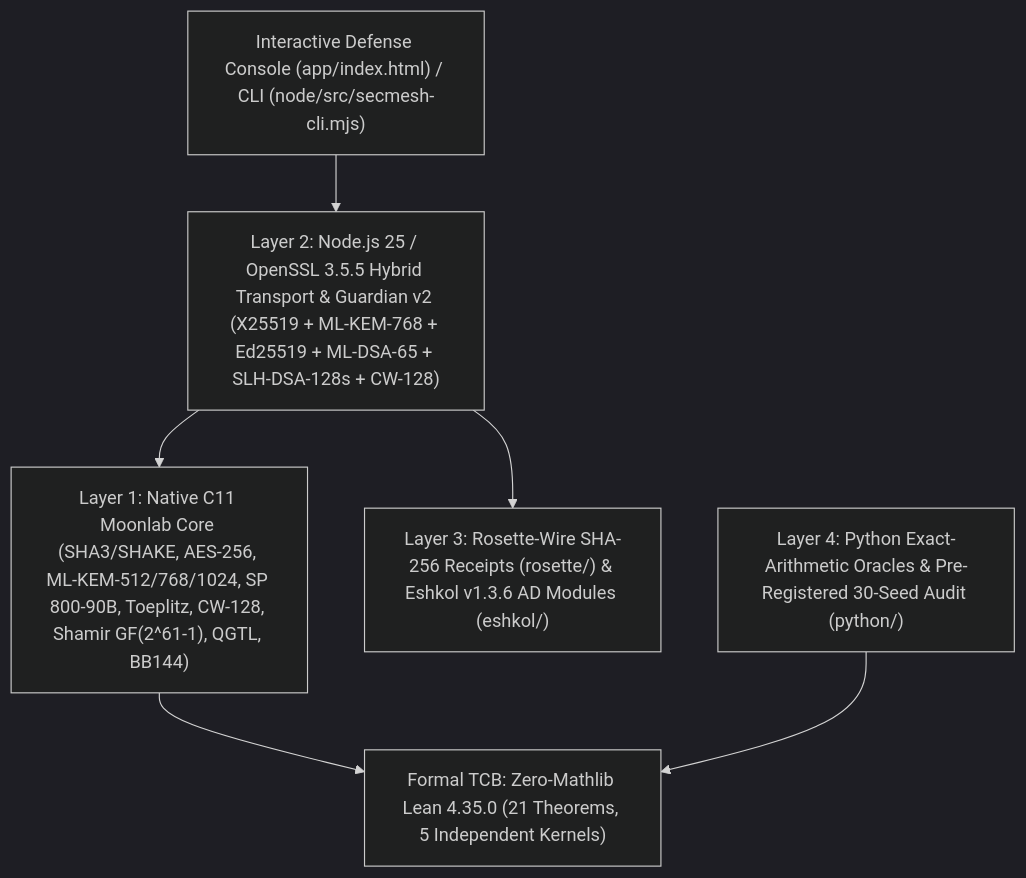
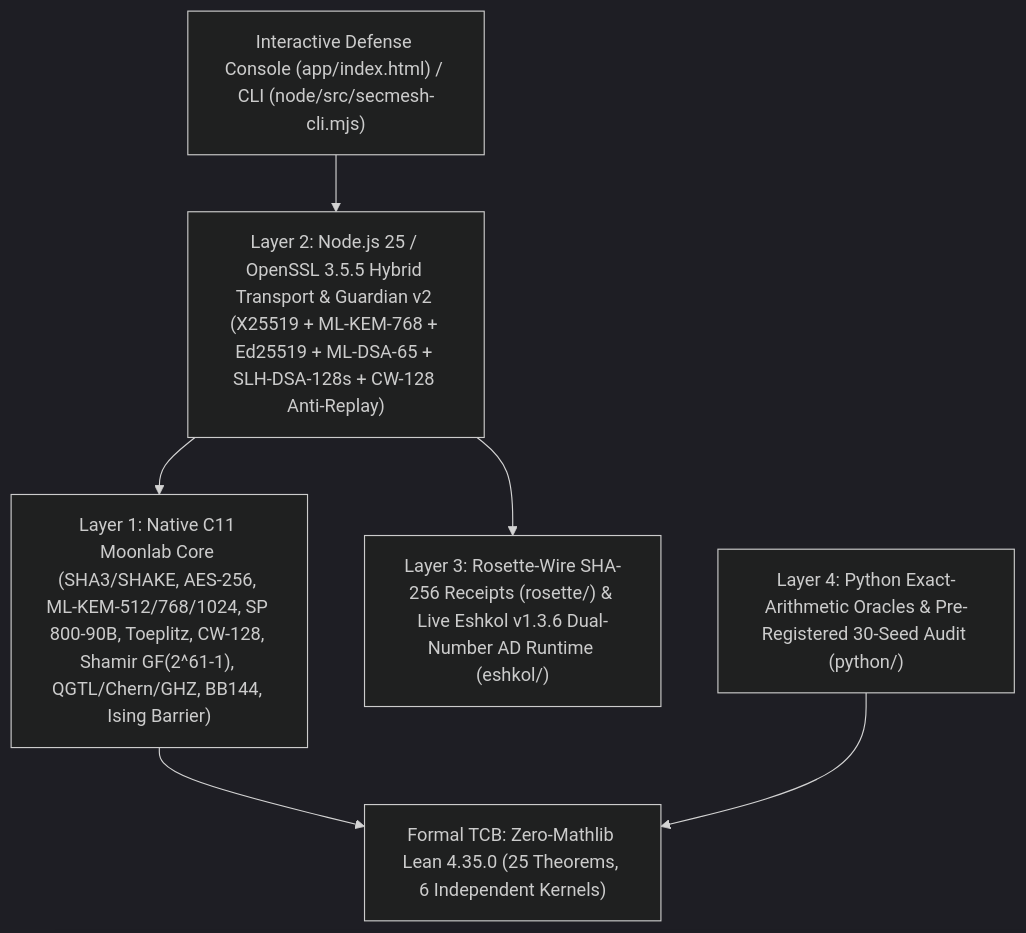
The diagram in docs/architecture.md (0thernes/secmesh-pqsi), drawn with Mermaid (dark theme) before and after one commit. The commit also changed other lines of this file and 78 other files, not shown here.

Commit message:
Release v2.0.0: 25 zero-Mathlib Lean theorems (T4d/T4e/T6a/T6b), 6-kernel replay, CW-128 anti-replay, live Eshkol AD, and Cycles 4-6 hardening

````diff
--- a/docs/architecture.md
+++ b/docs/architecture.md
@@ -5,9 +5,9 @@
 ```mermaid
 flowchart TD
   U["Interactive Defense Console (app/index.html) / CLI (node/src/secmesh-cli.mjs)"] --> N
-  N["Layer 2: Node.js 25 / OpenSSL 3.5.5 Hybrid Transport & Guardian v2 (X25519 + ML-KEM-768 + Ed25519 + ML-DSA-65 + SLH-DSA-128s + CW-128)"] --> C
-  N --> R["Layer 3: Rosette-Wire SHA-256 Receipts (rosette/) & Eshkol v1.3.6 AD Modules (eshkol/)"]
-  C["Layer 1: Native C11 Moonlab Core (SHA3/SHAKE, AES-256, ML-KEM-512/768/1024, SP 800-90B, Toeplitz, CW-128, Shamir GF(2^61-1), QGTL, BB144)"] --> L
+  N["Layer 2: Node.js 25 / OpenSSL 3.5.5 Hybrid Transport & Guardian v2 (X25519 + ML-KEM-768 + Ed25519 + ML-DSA-65 + SLH-DSA-128s + CW-128 Anti-Replay)"] --> C
+  N --> R["Layer 3: Rosette-Wire SHA-256 Receipts (rosette/) & Live Eshkol v1.3.6 Dual-Number AD Runtime (eshkol/)"]
+  C["Layer 1: Native C11 Moonlab Core (SHA3/SHAKE, AES-256, ML-KEM-512/768/1024, SP 800-90B, Toeplitz, CW-128, Shamir GF(2^61-1), QGTL/Chern/GHZ, BB144, Ising Barrier)"] --> L
   P["Layer 4: Python Exact-Arithmetic Oracles & Pre-Registered 30-Seed Audit (python/)"] --> L
-  L["Formal TCB: Zero-Mathlib Lean 4.35.0 (21 Theorems, 5 Independent Kernels)"]
+  L["Formal TCB: Zero-Mathlib Lean 4.35.0 (25 Theorems, 6 Independent Kernels)"]
 ```
````
